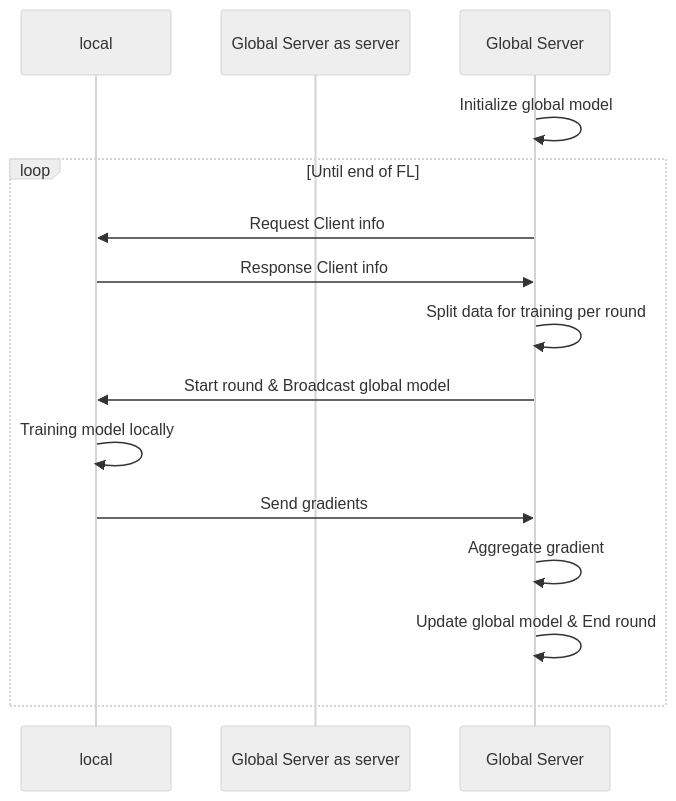
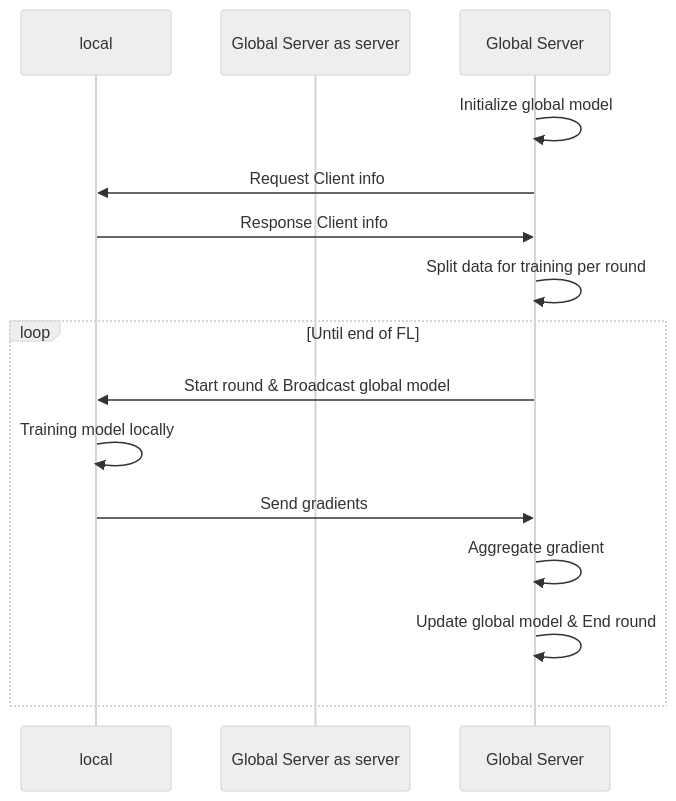
One commit to CV-NLP-FL-SignLanguageTranslator/Fed_CV changed the diagram in FedCV_sequence_with_Server.md. Above: the diagram before and after it, drawn with Mermaid (neutral theme). The commit also changed other lines of this file and 1 other file, not shown here.

````diff
--- a/FedCV_sequence_with_Server.md
+++ b/FedCV_sequence_with_Server.md
@@ -1,18 +1,18 @@
 ```mermaid
 sequenceDiagram
     participant Client as local
     participant Global Server as server
     
     Global Server->>Global Server: Initialize global model
-    loop Until end of FL
     Global Server->>Client: Request Client info
     Client->>Global Server: Response Client info
     Global Server->>Global Server: Split data for training per round
+    loop Until end of FL
     Global Server->>Client: Start round & Broadcast global model
     Client->>Client: Training model locally 
     Client->>Global Server: Send gradients
     Global Server->>Global Server: Aggregate gradient
     Global Server->>Global Server: Update global model & End round
     end
     
 ```
````
